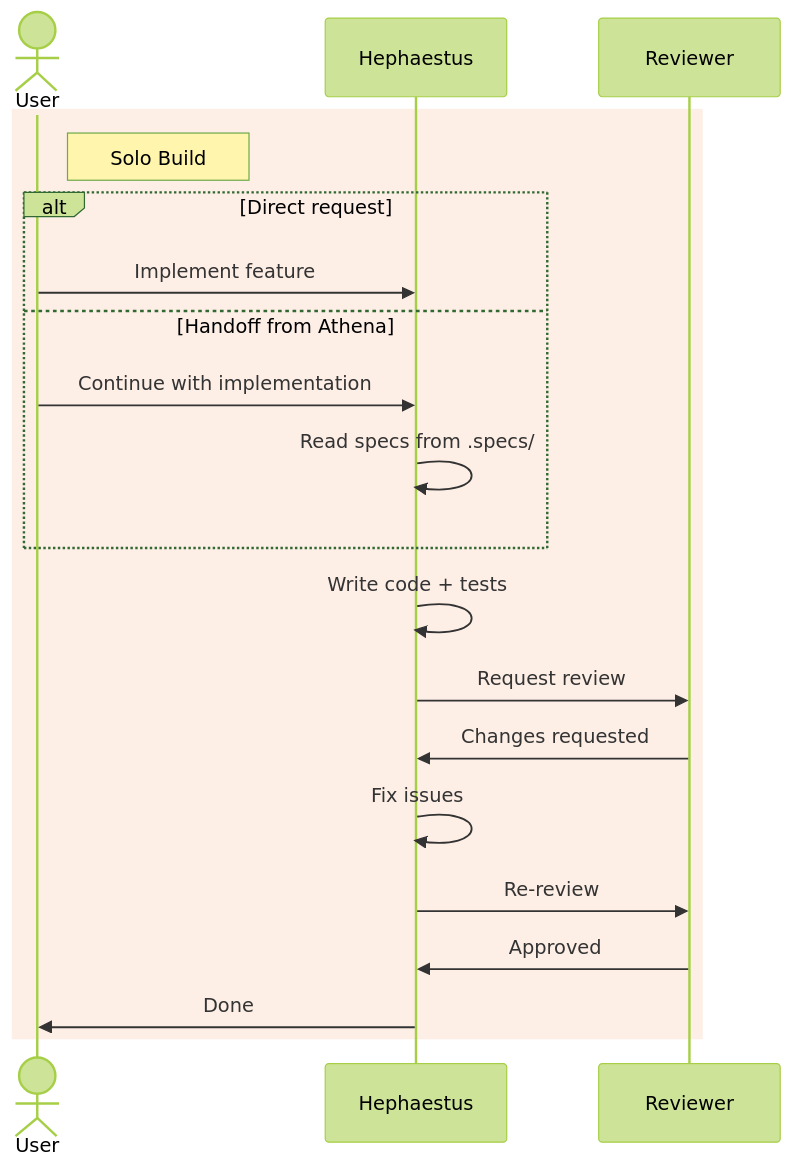
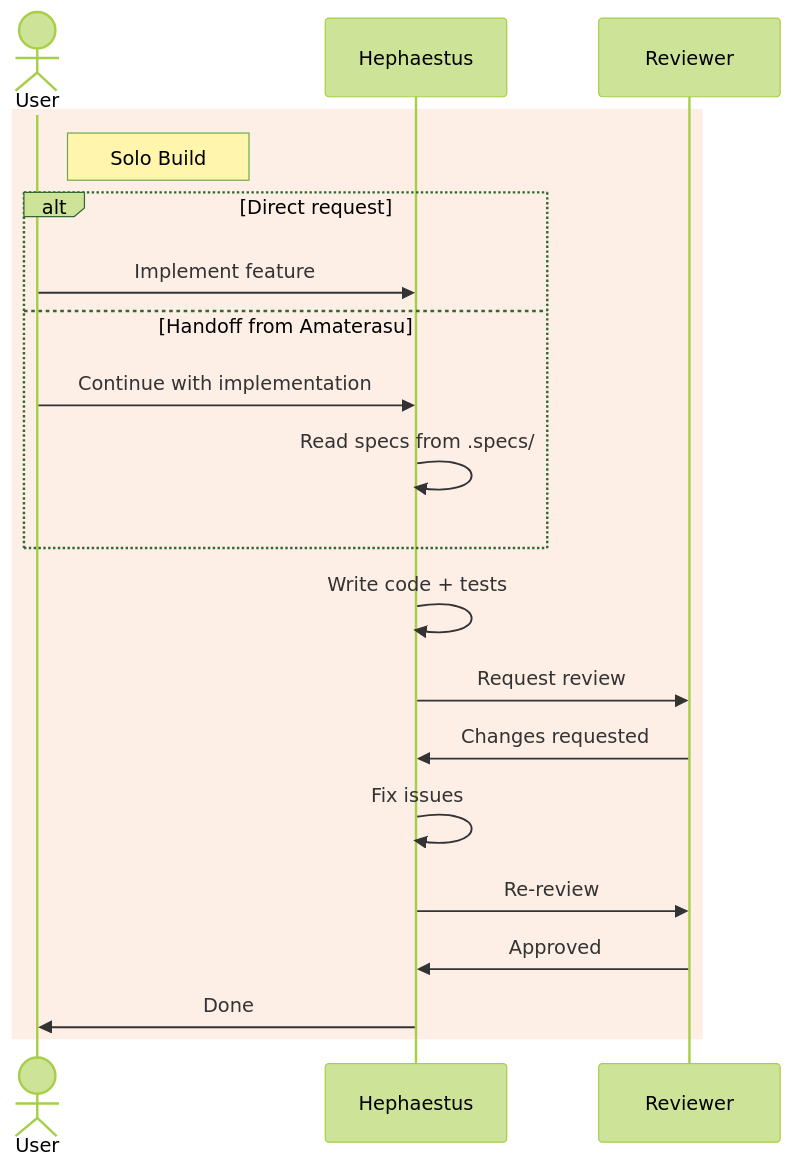
One commit to dragoscirjan/opencode-config changed the fourth of 6 diagrams in README_DEV.md. Above: the diagram before and after it, drawn with Mermaid (forest theme). The commit also changed other lines of this file and 25 other files, not shown here.

````diff
--- a/README_DEV.md
+++ b/README_DEV.md
@@ -123,23 +123,23 @@
 ```mermaid
 sequenceDiagram
     actor User
     participant H as Hephaestus
     participant Rev as Reviewer
 
     rect rgb(234, 88, 12, 0.1)
     note right of User: Solo Build
     alt Direct request
         User->>H: Implement feature
-    else Handoff from Athena
+    else Handoff from Amaterasu
         User->>H: Continue with implementation
         H->>H: Read specs from .specs/
     end
     H->>H: Write code + tests
     H->>Rev: Request review
     Rev->>H: Changes requested
     H->>H: Fix issues
     H->>Rev: Re-review
     Rev->>H: Approved
     H->>User: Done
     end
 ```
````
